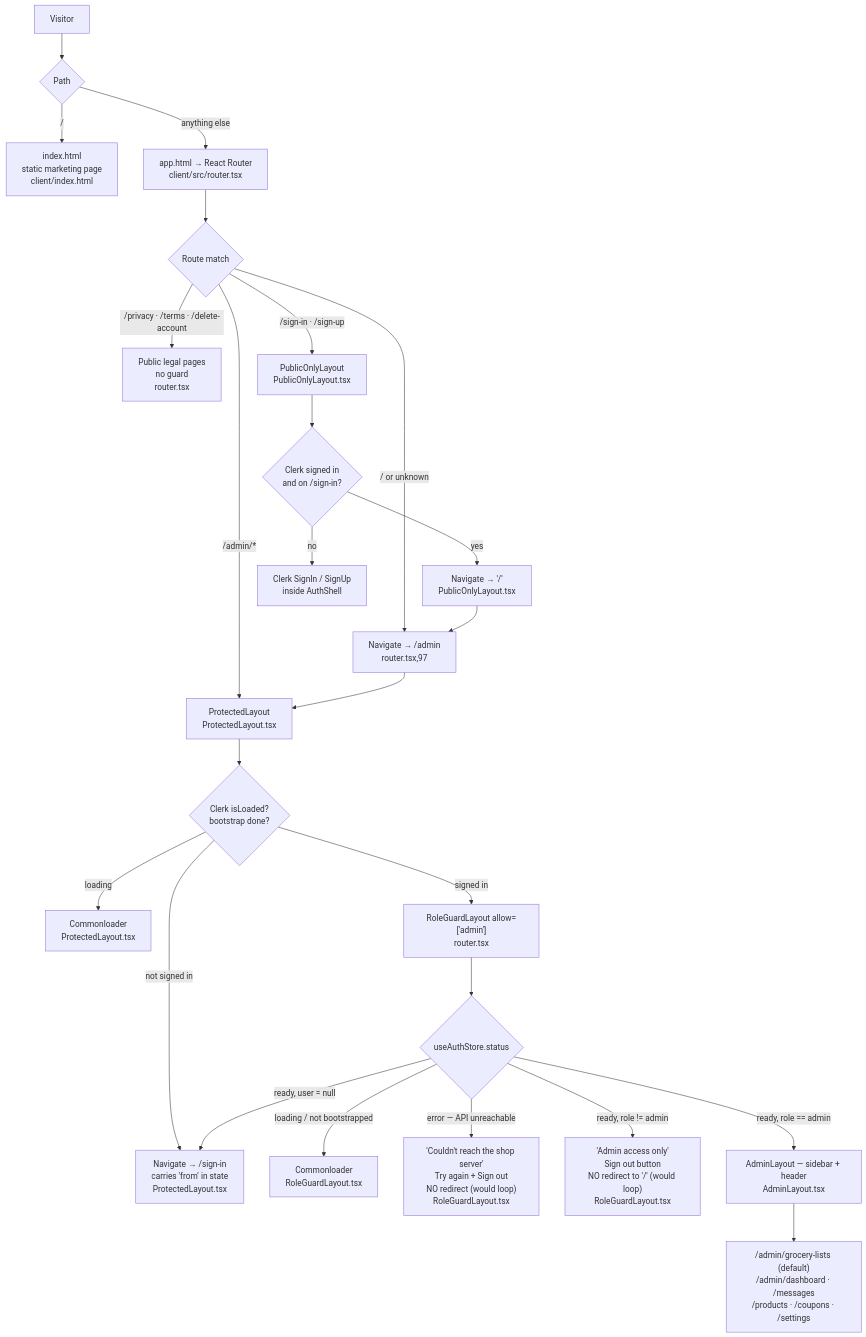
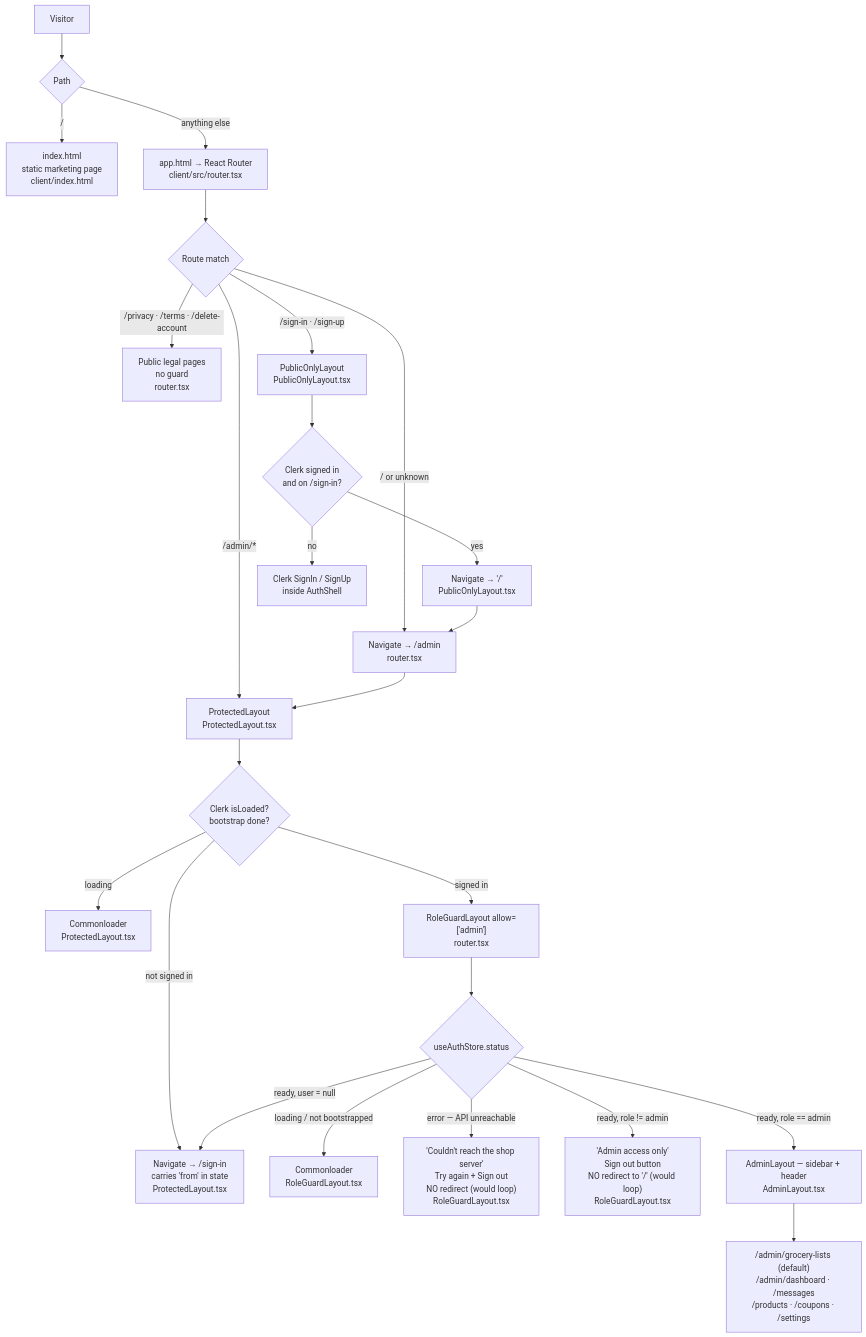
The first of 2 diagrams in docs/ADMIN-WEB.md (shiv-anshu-gupta/TypeScriptProject), drawn with Mermaid before and after one commit. The commit also changed other lines of this file and 294 other files, not shown here.

````diff
--- a/docs/ADMIN-WEB.md
+++ b/docs/ADMIN-WEB.md
@@ -149,33 +150,33 @@
 ```mermaid
 flowchart TD
- V["Visitor"] --> WhichPath{"Path"}
+    V["Visitor"] --> WhichPath{"Path"}
 
- WhichPath -->|"/"| Home["index.html<br/>static marketing page<br/>client/index.html"]
- WhichPath -->|"anything else"| App["app.html → React Router<br/>client/src/router.tsx"]
+    WhichPath -->|"/"| Home["index.html<br/>static marketing page<br/>client/index.html"]
+    WhichPath -->|"anything else"| App["app.html → React Router<br/>client/src/router.tsx"]
 
- App --> R{"Route match"}
- R -->|"/privacy · /terms · /delete-account"| Legal["Public legal pages<br/>no guard<br/>router.tsx"]
- R -->|"/sign-in · /sign-up"| POL["PublicOnlyLayout<br/>PublicOnlyLayout.tsx"]
- R -->|"/admin/*"| PL["ProtectedLayout<br/>ProtectedLayout.tsx"]
- R -->|"/ or unknown"| Redir["Navigate → /admin<br/>router.tsx,97"]
- Redir --> PL
+    App --> R{"Route match"}
+    R -->|"/privacy · /terms · /delete-account"| Legal["Public legal pages<br/>no guard<br/>router.tsx"]
+    R -->|"/sign-in · /sign-up"| POL["PublicOnlyLayout<br/>PublicOnlyLayout.tsx"]
+    R -->|"/admin/*"| PL["ProtectedLayout<br/>ProtectedLayout.tsx"]
+    R -->|"/ or unknown"| Redir["Navigate → /admin<br/>router.tsx"]
+    Redir --> PL
 
- POL --> POLQ{"Clerk signed in<br/>and on /sign-in?"}
- POLQ -->|"yes"| ToRoot["Navigate → '/'<br/>PublicOnlyLayout.tsx"]
- POLQ -->|"no"| ClerkForm["Clerk SignIn / SignUp<br/>inside AuthShell"]
- ToRoot --> Redir
+    POL --> POLQ{"Clerk signed in<br/>and on /sign-in?"}
+    POLQ -->|"yes"| ToRoot["Navigate → '/'<br/>PublicOnlyLayout.tsx"]
+    POLQ -->|"no"| ClerkForm["Clerk SignIn / SignUp<br/>inside AuthShell"]
+    ToRoot --> Redir
 
- PL --> PLQ{"Clerk isLoaded?<br/>bootstrap done?"}
- PLQ -->|"loading"| Spin1["Commonloader<br/>ProtectedLayout.tsx"]
- PLQ -->|"not signed in"| ToSignIn["Navigate → /sign-in<br/>carries 'from' in state<br/>ProtectedLayout.tsx"]
- PLQ -->|"signed in"| RG["RoleGuardLayout allow=['admin']<br/>router.tsx"]
+    PL --> PLQ{"Clerk isLoaded?<br/>bootstrap done?"}
+    PLQ -->|"loading"| Spin1["Commonloader<br/>ProtectedLayout.tsx"]
+    PLQ -->|"not signed in"| ToSignIn["Navigate → /sign-in<br/>carries 'from' in state<br/>ProtectedLayout.tsx"]
+    PLQ -->|"signed in"| RG["RoleGuardLayout allow=['admin']<br/>router.tsx"]
 
- RG --> S{"useAuthStore.status"}
- S -->|"loading / not bootstrapped"| Spin2["Commonloader<br/>RoleGuardLayout.tsx"]
- S -->|"error — API unreachable"| Err["'Couldn't reach the shop server'<br/>Try again + Sign out<br/>NO redirect (would loop)<br/>RoleGuardLayout.tsx"]
- S -->|"ready, user = null"| ToSignIn
- S -->|"ready, role != admin"| Denied["'Admin access only'<br/>Sign out button<br/>NO redirect to '/' (would loop)<br/>RoleGuardLayout.tsx"]
- S -->|"ready, role == admin"| AL["AdminLayout — sidebar + header<br/>AdminLayout.tsx"]
+    RG --> S{"useAuthStore.status"}
+    S -->|"loading / not bootstrapped"| Spin2["Commonloader<br/>RoleGuardLayout.tsx"]
+    S -->|"error — API unreachable"| Err["'Couldn't reach the shop server'<br/>Try again + Sign out<br/>NO redirect (would loop)<br/>RoleGuardLayout.tsx"]
+    S -->|"ready, user = null"| ToSignIn
+    S -->|"ready, role != admin"| Denied["'Admin access only'<br/>Sign out button<br/>NO redirect to '/' (would loop)<br/>RoleGuardLayout.tsx"]
+    S -->|"ready, role == admin"| AL["AdminLayout — sidebar + header<br/>AdminLayout.tsx"]
 
- AL --> Pages["/admin/grocery-lists (default)<br/>/admin/dashboard · /messages<br/>/products · /coupons · /settings"]
+    AL --> Pages["/admin/grocery-lists (default)<br/>/admin/dashboard · /messages<br/>/products · /coupons · /settings"]
 ```
````
